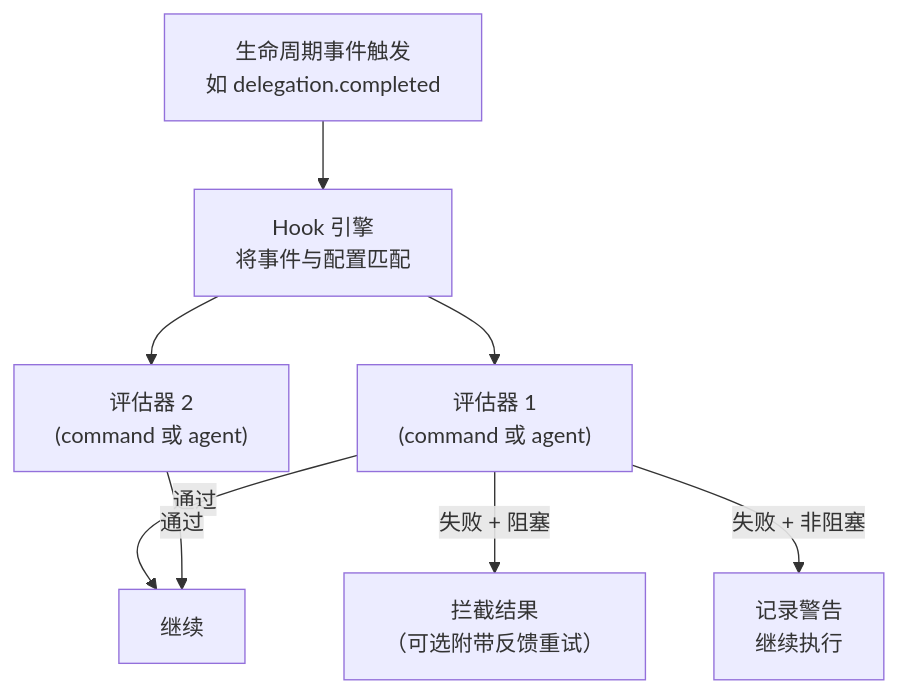
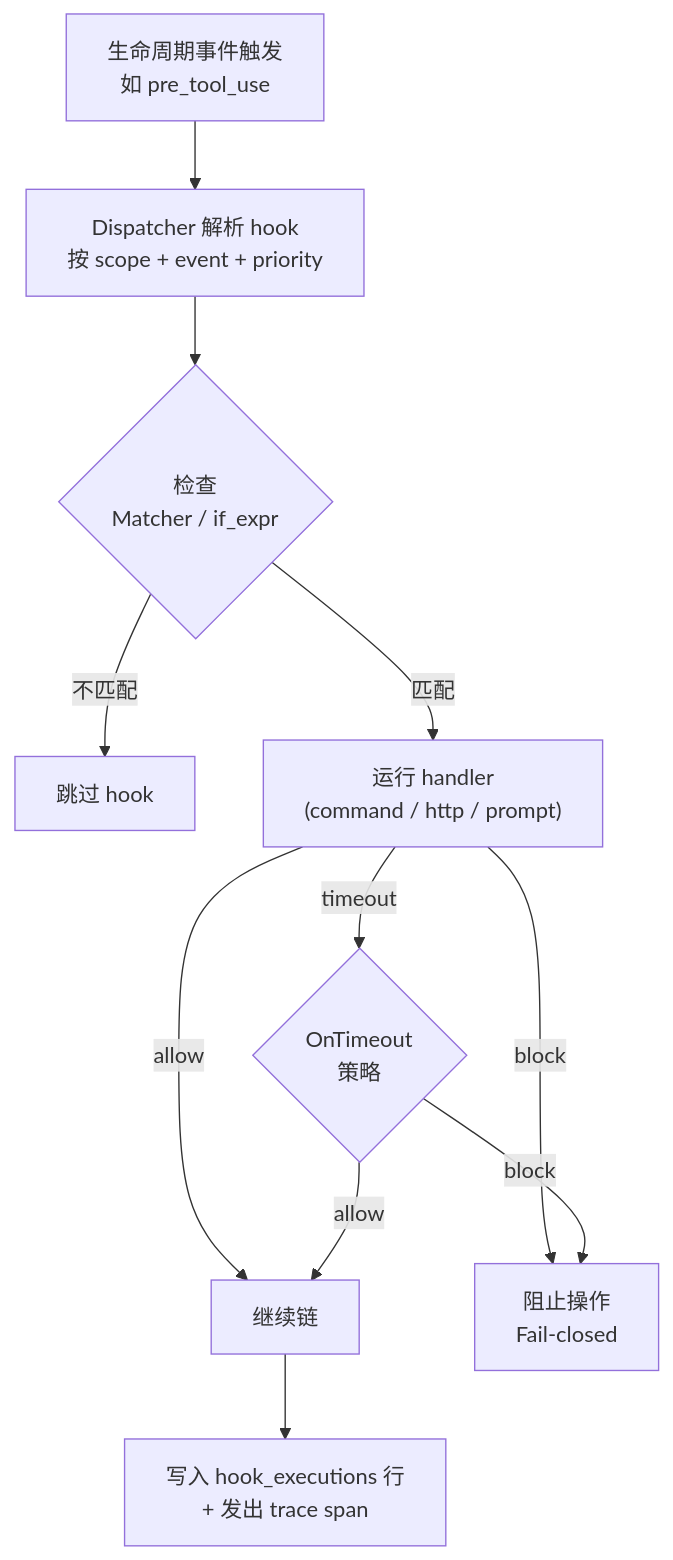
One commit to q1t-architect/goclaw-docs changed the diagram in zh/advanced/hooks-quality-gates.md. Above: the diagram before and after it, drawn with Mermaid. The commit also changed other lines of this file and 37 other files, not shown here.

````diff
--- a/zh/advanced/hooks-quality-gates.md
+++ b/zh/advanced/hooks-quality-gates.md
@@ -55,10 +53,13 @@
 ```mermaid
 flowchart TD
-    EVENT["生命周期事件触发\n如 delegation.completed"] --> ENGINE["Hook 引擎\n将事件与配置匹配"]
-    ENGINE --> EVAL1["评估器 1\n(command 或 agent)"]
-    ENGINE --> EVAL2["评估器 2\n(command 或 agent)"]
-    EVAL1 -->|通过| NEXT["继续"]
-    EVAL1 -->|失败 + 阻塞| BLOCK["拦截结果\n（可选附带反馈重试）"]
-    EVAL1 -->|失败 + 非阻塞| LOG["记录警告\n继续执行"]
-    EVAL2 -->|通过| NEXT
+    EVENT["生命周期事件触发\n如 pre_tool_use"] --> RESOLVE["Dispatcher 解析 hook\n按 scope + event + priority"]
+    RESOLVE --> MATCH{"检查\nMatcher / if_expr"}
+    MATCH -->|不匹配| SKIP["跳过 hook"]
+    MATCH -->|匹配| HANDLER["运行 handler\n(command / http / prompt)"]
+    HANDLER -->|allow| NEXT["继续链"]
+    HANDLER -->|block| BLOCKED["阻止操作\nFail-closed"]
+    HANDLER -->|timeout| TIMEOUT_DECISION{"OnTimeout\n策略"}
+    TIMEOUT_DECISION -->|block| BLOCKED
+    TIMEOUT_DECISION -->|allow| NEXT
+    NEXT --> AUDIT["写入 hook_executions 行\n+ 发出 trace span"]
 ```
````
